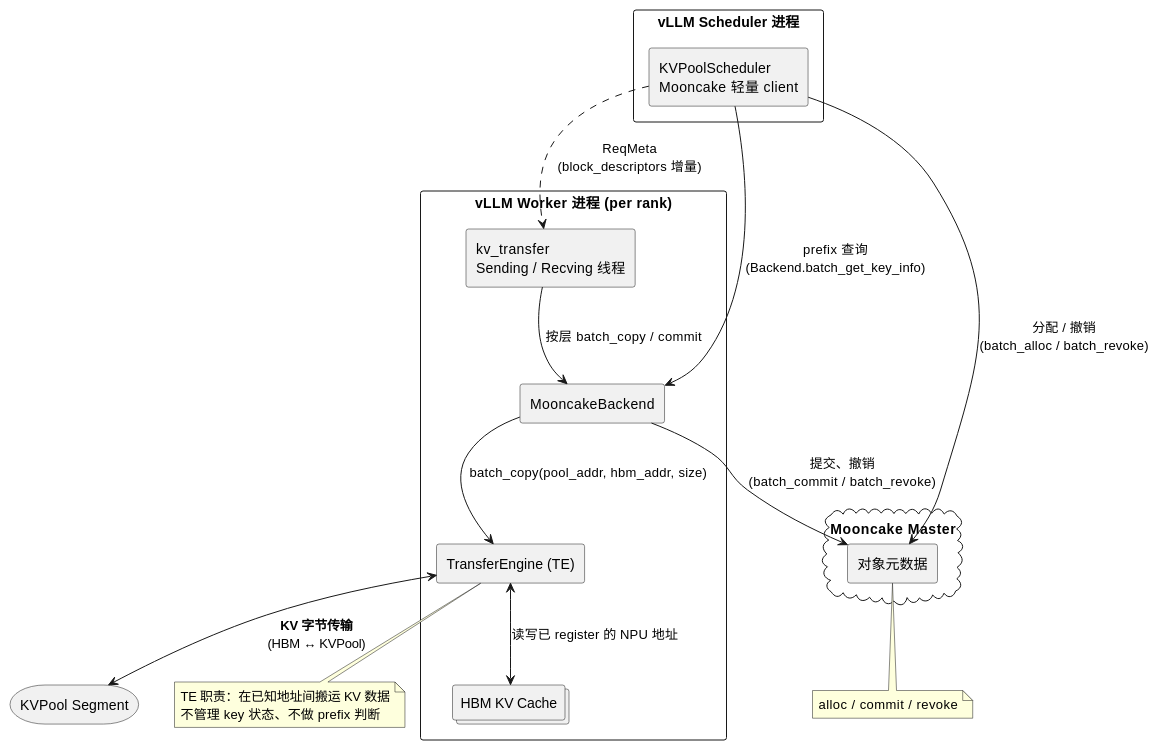
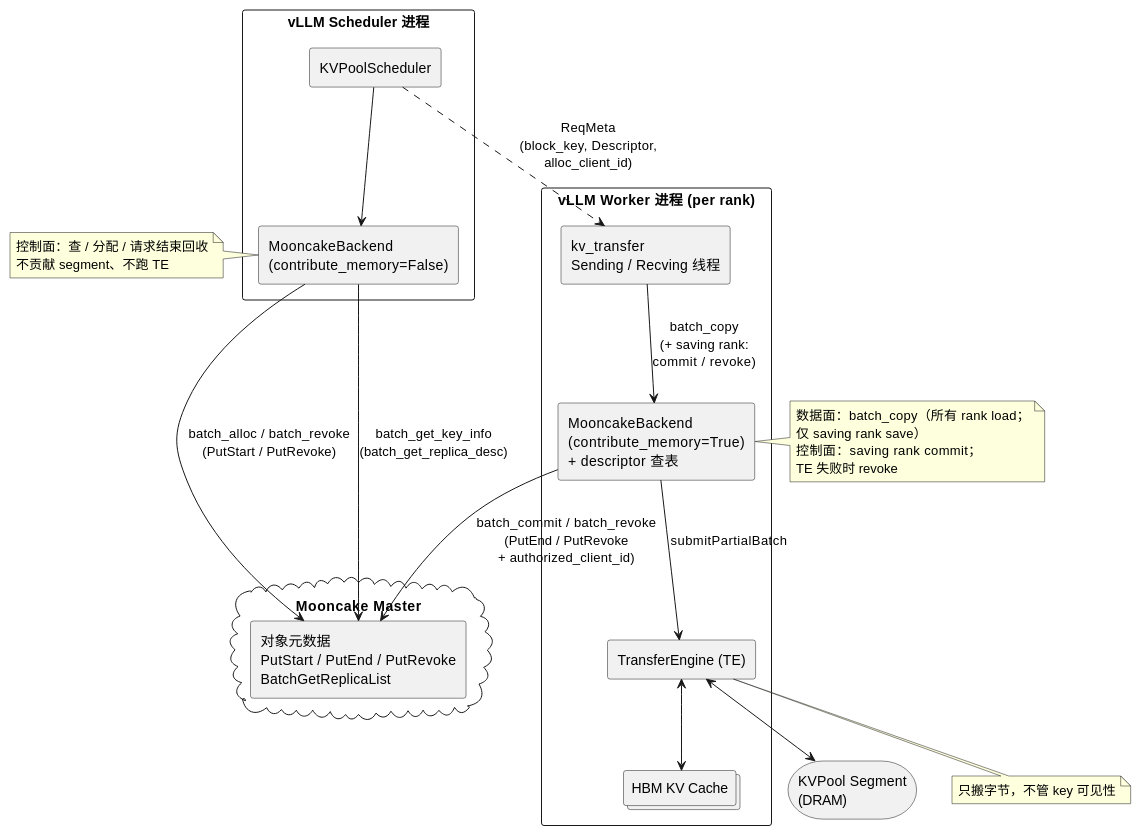
One commit to jiahaoliang/vllm-workspace changed the first of 7 diagrams in features/kv-pool-layerwise-reuse/references/snapshots/design-mooncake-layerwise-gva-put.md. Above: the diagram before and after it, drawn with PlantUML. The commit also changed other lines of this file and 1 other file, not shown here.

Commit message:
docs: refresh Mooncake layerwise GVA design

````diff
--- a/features/kv-pool-layerwise-reuse/references/snapshots/design-mooncake-layerwise-gva-put.md
+++ b/features/kv-pool-layerwise-reuse/references/snapshots/design-mooncake-layerwise-gva-put.md
@@ -40,46 +46,55 @@
 ```plantuml
 @startuml
 skinparam componentStyle rectangle
 skinparam shadowing false
 
 rectangle "vLLM Scheduler 进程" {
-  component "KVPoolScheduler\nMooncake 轻量 client" as sched
+  component "KVPoolScheduler" as sched
+  component "MooncakeBackend\n(contribute_memory=False)" as sched_be
 }
 
 cloud "Mooncake Master" as master {
-  component "对象元数据" as meta
+  component "对象元数据\nPutStart / PutEnd / PutRevoke\nBatchGetReplicaList" as meta
 }
 
 rectangle "vLLM Worker 进程 (per rank)" {
   component "kv_transfer\nSending / Recving 线程" as kvt
-  component "MooncakeBackend" as backend
+  component "MooncakeBackend\n(contribute_memory=True)\n+ descriptor 查表" as worker_be
   component "TransferEngine (TE)" as te
   collections "HBM KV Cache" as hbm
 }
 
-storage "KVPool Segment" as kvpool
+storage "KVPool Segment\n(DRAM)" as kvpool
 
-' --- 元数据面 ---
-sched --> backend : prefix 查询\n(Backend.batch_get_key_info)
-sched --> meta : 分配 / 撤销\n(batch_alloc / batch_revoke)
-backend --> meta : 提交、撤销\n(batch_commit / batch_revoke)
+' --- Scheduler 控制面 ---
+sched --> sched_be
+sched_be --> meta : batch_get_key_info\n(batch_get_replica_desc)
+sched_be --> meta : batch_alloc / batch_revoke\n(PutStart / PutRevoke)
 
-' --- 编排 ---
-kvt --> backend : 按层 batch_copy / commit
-sched ..> kvt : ReqMeta\n(block_descriptors 增量)
+' --- 编排：descriptor 下发 ---
+sched ..> kvt : ReqMeta\n(block_key, Descriptor,\nalloc_client_id)
 
-' --- 数据面（TE）---
-backend --> te : batch_copy(pool_addr, hbm_addr, size)
-te <--> hbm : 读写已 register 的 NPU 地址
-te <--> kvpool : **KV 字节传输**\n(HBM ↔ KVPool)
+' --- Worker 控制面 + 数据面 ---
+kvt --> worker_be : batch_copy\n(+ saving rank:\ncommit / revoke)
+worker_be --> meta : batch_commit / batch_revoke\n(PutEnd / PutRevoke\n+ authorized_client_id)
+worker_be --> te : submitPartialBatch
+te <--> hbm
+te <--> kvpool
+
+note left of sched_be
+  控制面：查 / 分配 / 请求结束回收
+  不贡献 segment、不跑 TE
+end note
+
+note right of worker_be
+  数据面：batch_copy（所有 rank load；
+  仅 saving rank save）
+  控制面：saving rank commit；
+  TE 失败时 revoke
+end note
 
 note bottom of te
-  TE 职责：在已知地址间搬运 KV 数据
-  不管理 key 状态、不做 prefix 判断
-end note
-
-note bottom of meta
-  alloc / commit / revoke
+  只搬字节，不管 key 可见性
 end note
 @enduml
 ```
````
